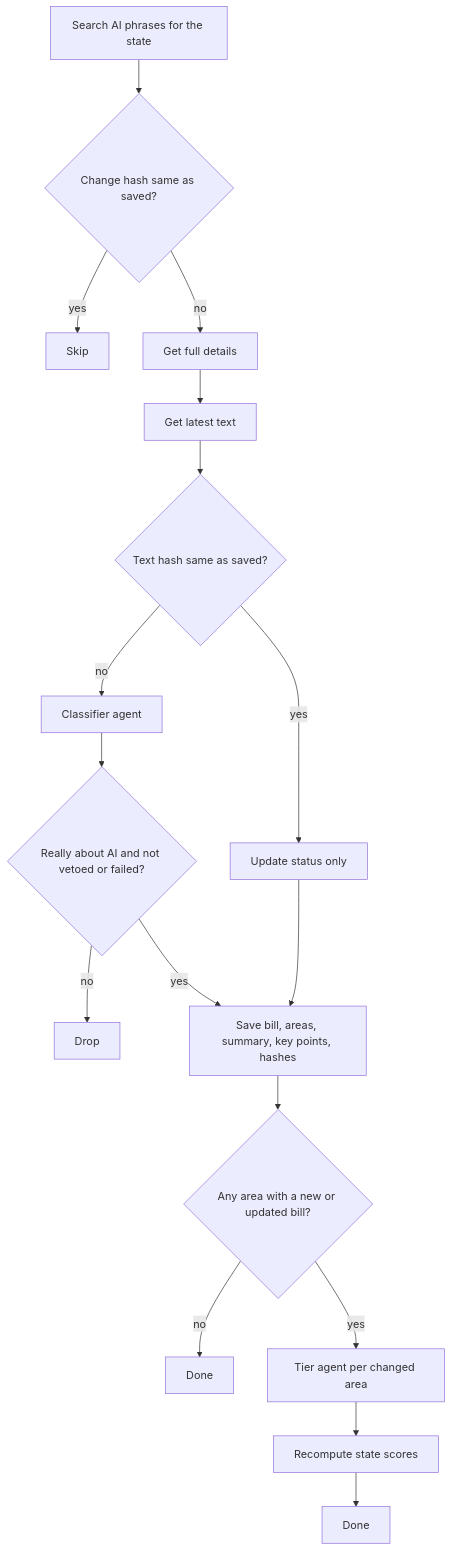
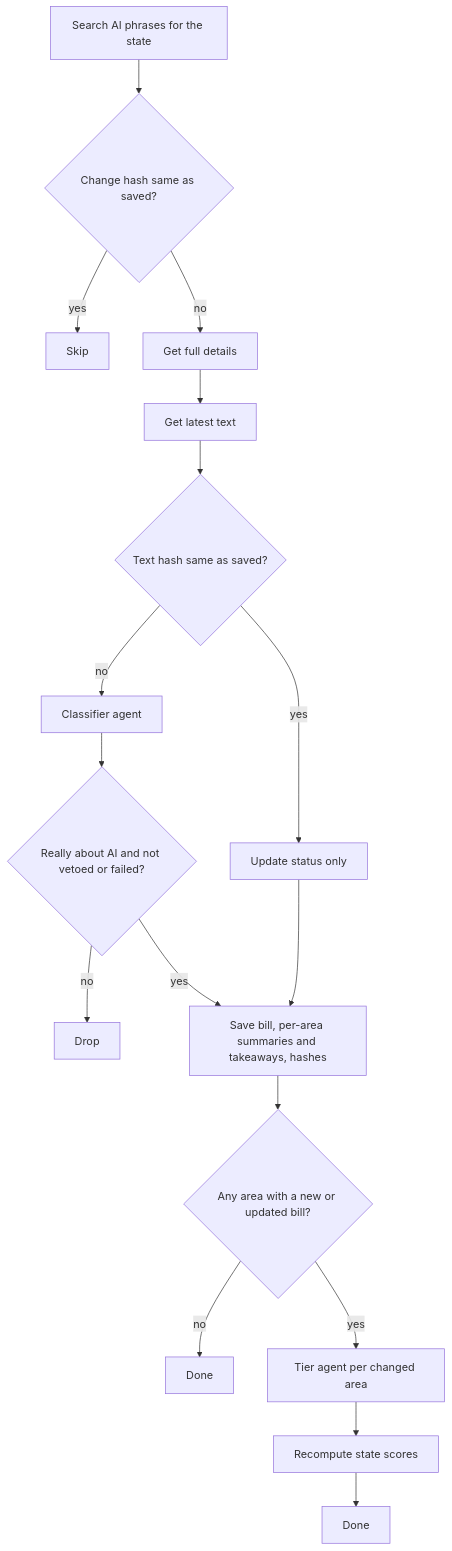
One commit to nate-fur/states-of-ai changed the second of 2 diagrams in docs/pipeline.md. Above: the diagram before and after it, drawn with Mermaid. The commit also changed other lines of this file and 44 other files, not shown here.

First line of the commit message:
Add the Bill Reader and per-area takeaways

````diff
--- a/docs/pipeline.md
+++ b/docs/pipeline.md
@@ -45,19 +45,19 @@
 ```mermaid
 flowchart TD
   A[Search AI phrases for the state] --> H{Change hash same as saved?}
   H -- yes --> X1[Skip]
   H -- no --> D[Get full details]
   D --> TX[Get latest text]
   TX --> TH{Text hash same as saved?}
   TH -- yes --> ST[Update status only]
   TH -- no --> CL[Classifier agent]
   CL --> R{Really about AI and not vetoed or failed?}
   R -- no --> X2[Drop]
-  R -- yes --> SV[Save bill, areas, summary, key points, hashes]
+  R -- yes --> SV[Save bill, per-area summaries and takeaways, hashes]
   ST --> SV
   SV --> CH{Any area with a new or updated bill?}
   CH -- no --> X3[Done]
   CH -- yes --> TR[Tier agent per changed area]
   TR --> SC[Recompute state scores]
   SC --> X4[Done]
 ```
````
